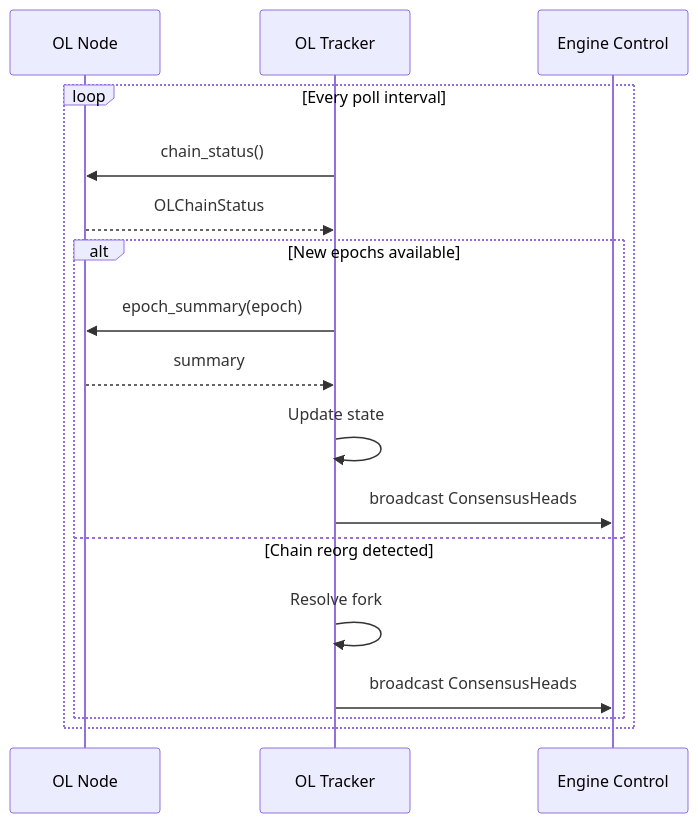
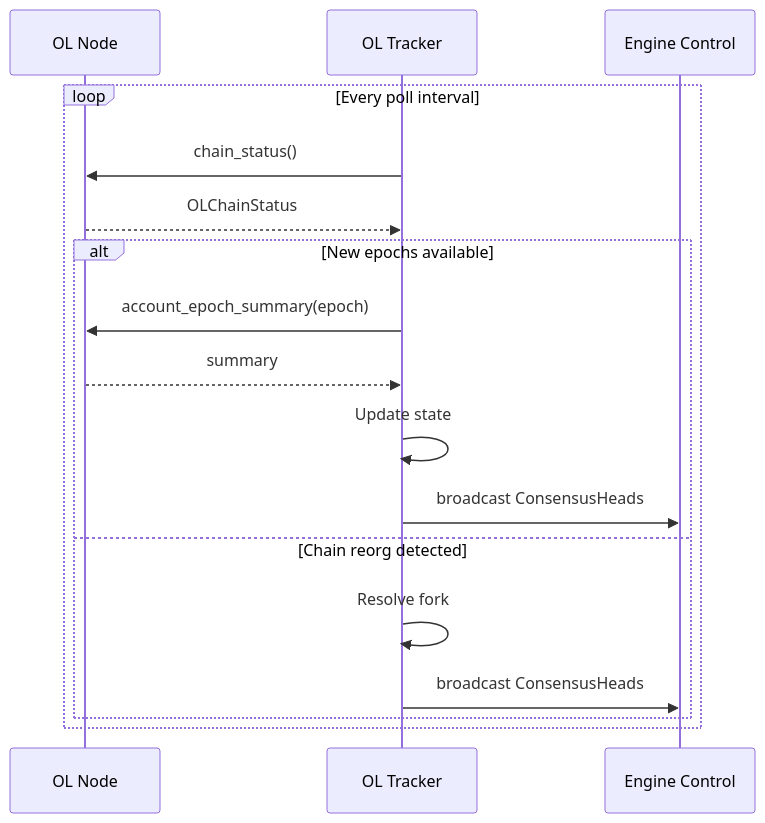
The second of 8 diagrams in bin/alpen-client/README.md (alpenlabs/alpen-ee), drawn with Mermaid before and after one commit. The commit also changed other lines of this file and 3 other files, not shown here.

````diff
--- a/bin/alpen-client/README.md
+++ b/bin/alpen-client/README.md
@@ -277,21 +277,21 @@
 ```mermaid
 sequenceDiagram
     participant OL as OL Node
     participant OLT as OL Tracker
     participant EC as Engine Control
 
     loop Every poll interval
         OLT->>OL: chain_status()
         OL-->>OLT: OLChainStatus
 
         alt New epochs available
-            OLT->>OL: epoch_summary(epoch)
+            OLT->>OL: account_epoch_summary(epoch)
             OL-->>OLT: summary
             OLT->>OLT: Update state
             OLT->>EC: broadcast ConsensusHeads
         else Chain reorg detected
             OLT->>OLT: Resolve fork
             OLT->>EC: broadcast ConsensusHeads
         end
     end
 ```
````
